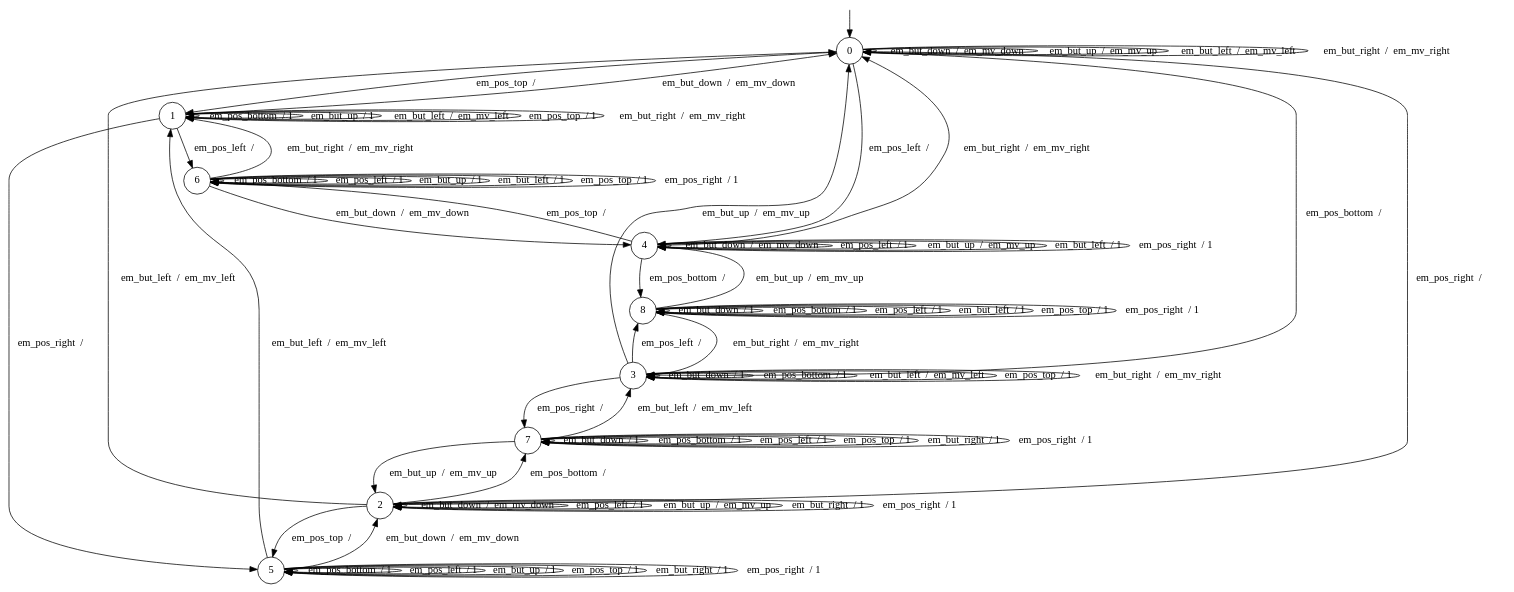
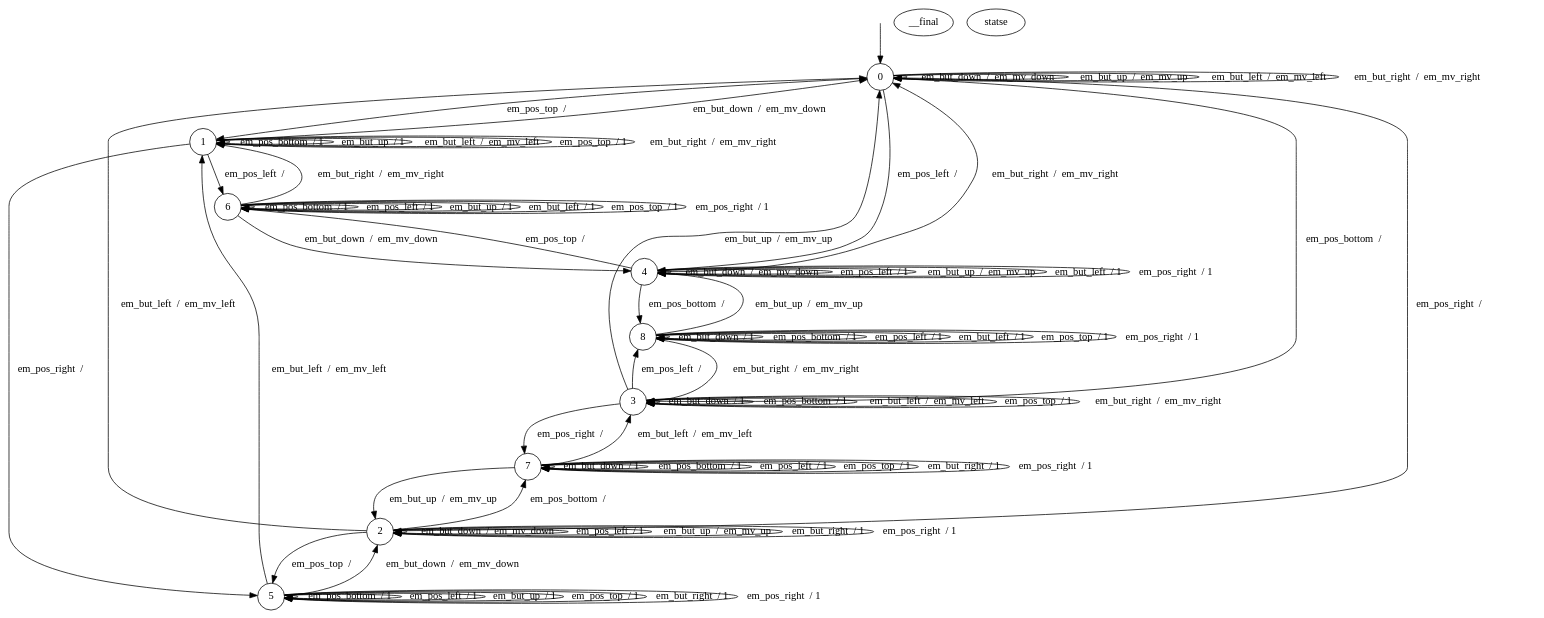
One commit to AryanBastani/CL-Star changed the diagram in Benchmarks/BCS_SPL/Complete_FSM_files/4_7_BCS_EM.dot. Above: the diagram before and after it, drawn with Graphviz. The commit also changed 227 other files, not shown here.

```diff
--- a/Benchmarks/BCS_SPL/Complete_FSM_files/4_7_BCS_EM.dot
+++ b/Benchmarks/BCS_SPL/Complete_FSM_files/4_7_BCS_EM.dot
@@ -1,88 +1,91 @@
 digraph g {
 
 	s0 [shape="circle" label="0"];
 	s1 [shape="circle" label="1"];
 	s2 [shape="circle" label="2"];
 	s3 [shape="circle" label="3"];
 	s4 [shape="circle" label="4"];
 	s5 [shape="circle" label="5"];
 	s6 [shape="circle" label="6"];
 	s7 [shape="circle" label="7"];
 	s8 [shape="circle" label="8"];
 	s0 -> s0 [label="em_but_down  /  em_mv_down"];
 	s0 -> s3 [label="em_pos_bottom  /  "];
 	s0 -> s4 [label="em_pos_left  /  "];
 	s0 -> s0 [label="em_but_up  /  em_mv_up"];
 	s0 -> s0 [label="em_but_left  /  em_mv_left"];
 	s0 -> s1 [label="em_pos_top  /  "];
 	s0 -> s0 [label="em_but_right  /  em_mv_right"];
 	s0 -> s2 [label="em_pos_right  /  "];
 	s1 -> s0 [label="em_but_down  /  em_mv_down"];
 	s1 -> s1 [label="em_pos_bottom  / 1"];
 	s1 -> s6 [label="em_pos_left  /  "];
 	s1 -> s1 [label="em_but_up  / 1"];
 	s1 -> s1 [label="em_but_left  /  em_mv_left"];
 	s1 -> s1 [label="em_pos_top  / 1"];
 	s1 -> s1 [label="em_but_right  /  em_mv_right"];
 	s1 -> s5 [label="em_pos_right  /  "];
 	s2 -> s2 [label="em_but_down  /  em_mv_down"];
 	s2 -> s7 [label="em_pos_bottom  /  "];
 	s2 -> s2 [label="em_pos_left  / 1"];
 	s2 -> s2 [label="em_but_up  /  em_mv_up"];
 	s2 -> s0 [label="em_but_left  /  em_mv_left"];
 	s2 -> s5 [label="em_pos_top  /  "];
 	s2 -> s2 [label="em_but_right  / 1"];
 	s2 -> s2 [label="em_pos_right  / 1"];
 	s3 -> s3 [label="em_but_down  / 1"];
 	s3 -> s3 [label="em_pos_bottom  / 1"];
 	s3 -> s8 [label="em_pos_left  /  "];
 	s3 -> s0 [label="em_but_up  /  em_mv_up"];
 	s3 -> s3 [label="em_but_left  /  em_mv_left"];
 	s3 -> s3 [label="em_pos_top  / 1"];
 	s3 -> s3 [label="em_but_right  /  em_mv_right"];
 	s3 -> s7 [label="em_pos_right  /  "];
 	s4 -> s4 [label="em_but_down  /  em_mv_down"];
 	s4 -> s8 [label="em_pos_bottom  /  "];
 	s4 -> s4 [label="em_pos_left  / 1"];
 	s4 -> s4 [label="em_but_up  /  em_mv_up"];
 	s4 -> s4 [label="em_but_left  / 1"];
 	s4 -> s6 [label="em_pos_top  /  "];
 	s4 -> s0 [label="em_but_right  /  em_mv_right"];
 	s4 -> s4 [label="em_pos_right  / 1"];
 	s5 -> s2 [label="em_but_down  /  em_mv_down"];
 	s5 -> s5 [label="em_pos_bottom  / 1"];
 	s5 -> s5 [label="em_pos_left  / 1"];
 	s5 -> s5 [label="em_but_up  / 1"];
 	s5 -> s1 [label="em_but_left  /  em_mv_left"];
 	s5 -> s5 [label="em_pos_top  / 1"];
 	s5 -> s5 [label="em_but_right  / 1"];
 	s5 -> s5 [label="em_pos_right  / 1"];
 	s6 -> s4 [label="em_but_down  /  em_mv_down"];
 	s6 -> s6 [label="em_pos_bottom  / 1"];
 	s6 -> s6 [label="em_pos_left  / 1"];
 	s6 -> s6 [label="em_but_up  / 1"];
 	s6 -> s6 [label="em_but_left  / 1"];
 	s6 -> s6 [label="em_pos_top  / 1"];
 	s6 -> s1 [label="em_but_right  /  em_mv_right"];
 	s6 -> s6 [label="em_pos_right  / 1"];
 	s7 -> s7 [label="em_but_down  / 1"];
 	s7 -> s7 [label="em_pos_bottom  / 1"];
 	s7 -> s7 [label="em_pos_left  / 1"];
 	s7 -> s2 [label="em_but_up  /  em_mv_up"];
 	s7 -> s3 [label="em_but_left  /  em_mv_left"];
 	s7 -> s7 [label="em_pos_top  / 1"];
 	s7 -> s7 [label="em_but_right  / 1"];
 	s7 -> s7 [label="em_pos_right  / 1"];
 	s8 -> s8 [label="em_but_down  / 1"];
 	s8 -> s8 [label="em_pos_bottom  / 1"];
 	s8 -> s8 [label="em_pos_left  / 1"];
 	s8 -> s4 [label="em_but_up  /  em_mv_up"];
 	s8 -> s8 [label="em_but_left  / 1"];
 	s8 -> s8 [label="em_pos_top  / 1"];
 	s8 -> s3 [label="em_but_right  /  em_mv_right"];
 	s8 -> s8 [label="em_pos_right  / 1"];
 
 __start0 [label="" shape="none" width="0" height="0"];
 __start0 -> s0;
-
+__final statse{
+    s2
+    s6
 }
+}
```
